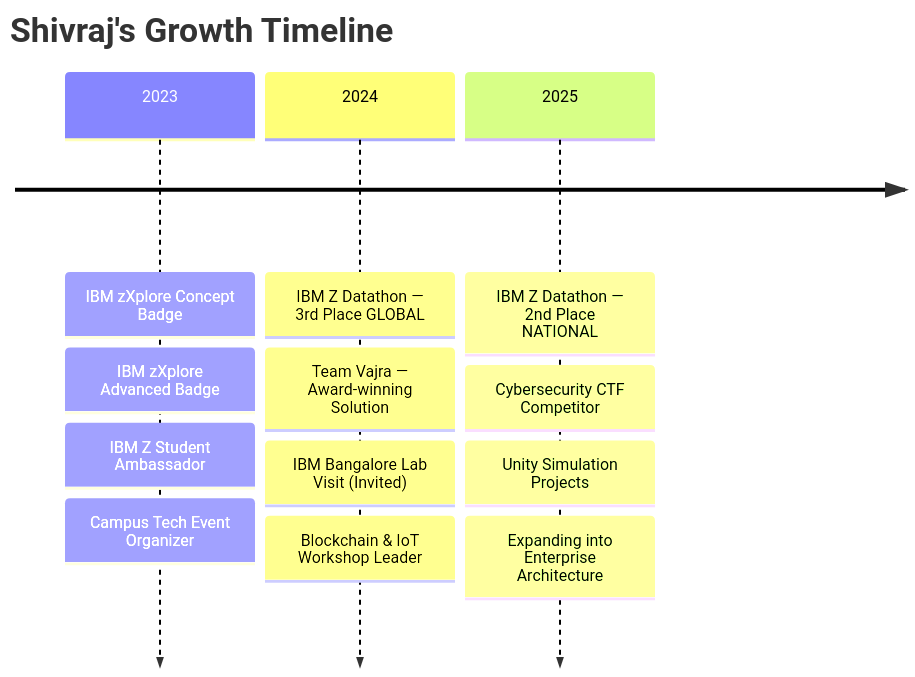
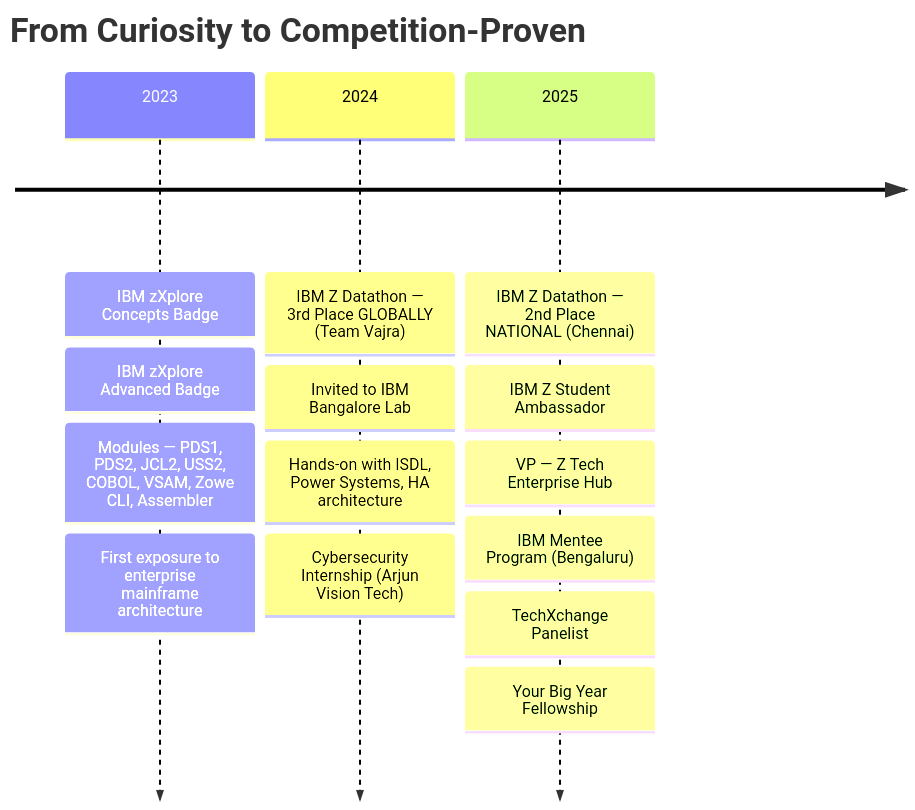
One commit to ShivrajRajasekaran/ShivrajRajasekaran changed the diagram in README.md. Above: the diagram before and after it, drawn with Mermaid. The commit also changed other lines of this file, not shown here.

````diff
--- a/README.md
+++ b/README.md
@@ -121,16 +225,18 @@
 ```mermaid
 timeline
-    title Shivraj's Growth Timeline
-    2023 : IBM zXplore Concept Badge
+    title From Curiosity to Competition-Proven
+    2023 : IBM zXplore Concepts Badge
          : IBM zXplore Advanced Badge
+         : Modules — PDS1, PDS2, JCL2, USS2, COBOL, VSAM, Zowe CLI, Assembler
+         : First exposure to enterprise mainframe architecture
+    2024 : IBM Z Datathon — 3rd Place GLOBALLY (Team Vajra)
+         : Invited to IBM Bangalore Lab
+         : Hands-on with ISDL, Power Systems, HA architecture
+         : Cybersecurity Internship (Arjun Vision Tech)
+    2025 : IBM Z Datathon — 2nd Place NATIONAL (Chennai)
          : IBM Z Student Ambassador
-         : Campus Tech Event Organizer
-    2024 : IBM Z Datathon — 3rd Place GLOBAL
-         : Team Vajra — Award-winning Solution
-         : IBM Bangalore Lab Visit (Invited)
-         : Blockchain & IoT Workshop Leader
-    2025 : IBM Z Datathon — 2nd Place NATIONAL
-         : Cybersecurity CTF Competitor
-         : Unity Simulation Projects
-         : Expanding into Enterprise Architecture
+         : VP — Z Tech Enterprise Hub
+         : IBM Mentee Program (Bengaluru)
+         : TechXchange Panelist
+         : Your Big Year Fellowship
 ```
````
